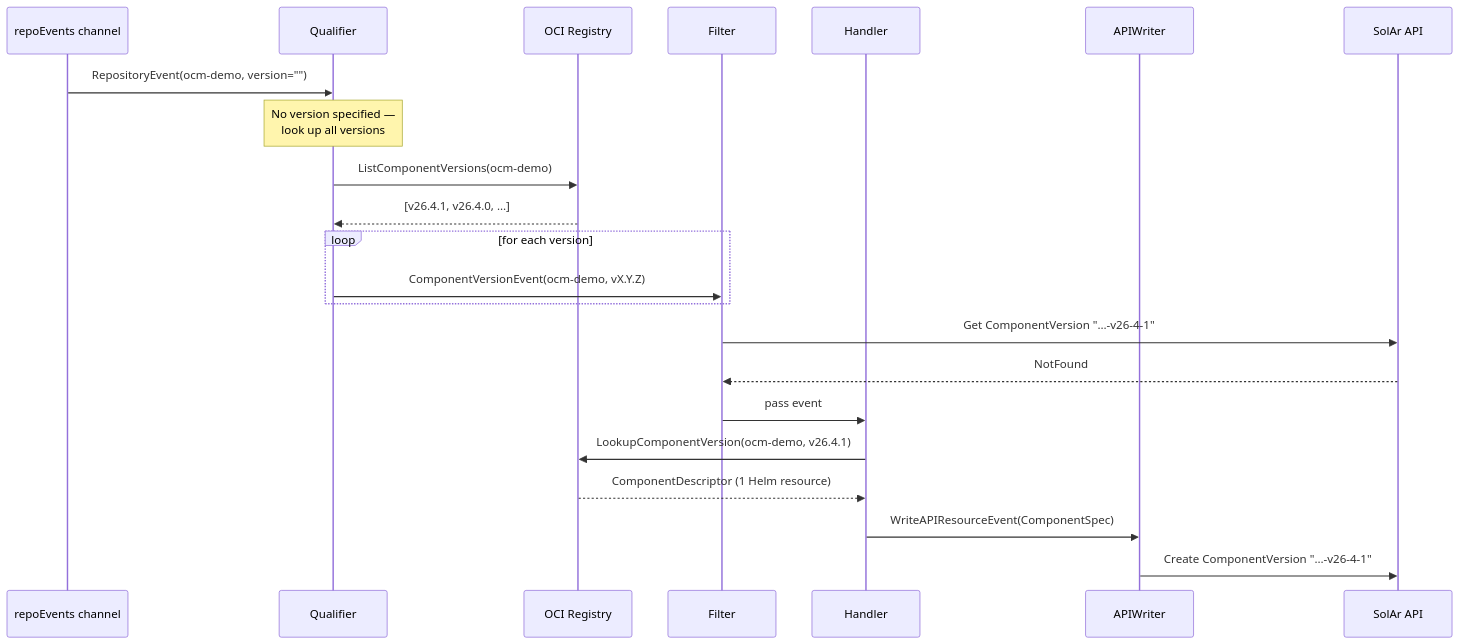
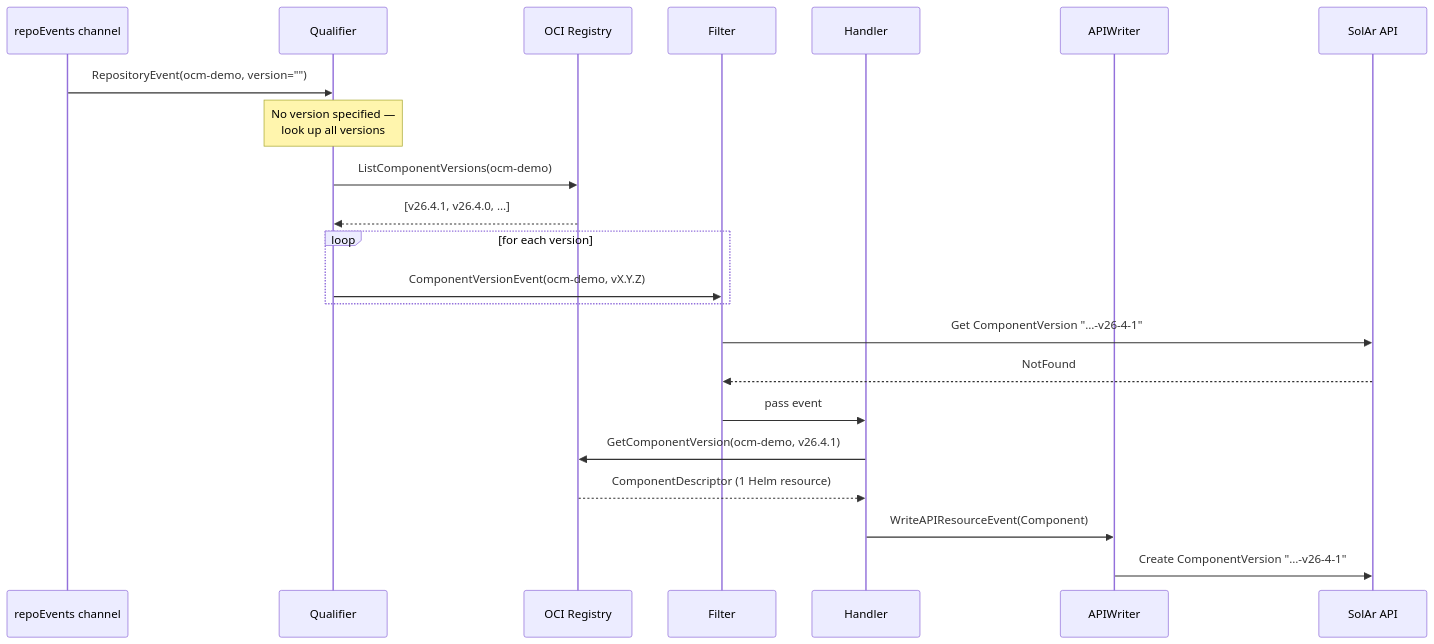
One commit to opendefensecloud/solution-arsenal changed the fifth of 7 diagrams in docs/developer-guide/discovery_pipeline.md. Above: the diagram before and after it, drawn with Mermaid. The commit also changed other lines of this file and 5 other files, not shown here.

````diff
--- a/docs/developer-guide/discovery_pipeline.md
+++ b/docs/developer-guide/discovery_pipeline.md
@@ -150,25 +159,25 @@
 ```mermaid
 sequenceDiagram
     participant Chan as repoEvents channel
     participant Qualifier as Qualifier
     participant Reg as OCI Registry
     participant Filter as Filter
     participant Handler as Handler
     participant Writer as APIWriter
     participant K8s as SolAr API
 
     Chan->>Qualifier: RepositoryEvent(ocm-demo, version="")
     Note over Qualifier: No version specified —<br/>look up all versions
     Qualifier->>Reg: ListComponentVersions(ocm-demo)
     Reg-->>Qualifier: [v26.4.1, v26.4.0, …]
     loop for each version
         Qualifier->>Filter: ComponentVersionEvent(ocm-demo, vX.Y.Z)
     end
     Filter->>K8s: Get ComponentVersion "…-v26-4-1"
     K8s-->>Filter: NotFound
     Filter->>Handler: pass event
-    Handler->>Reg: LookupComponentVersion(ocm-demo, v26.4.1)
+    Handler->>Reg: GetComponentVersion(ocm-demo, v26.4.1)
     Reg-->>Handler: ComponentDescriptor (1 Helm resource)
-    Handler->>Writer: WriteAPIResourceEvent(ComponentSpec)
+    Handler->>Writer: WriteAPIResourceEvent(Component)
     Writer->>K8s: Create ComponentVersion "…-v26-4-1"
 ```
````
